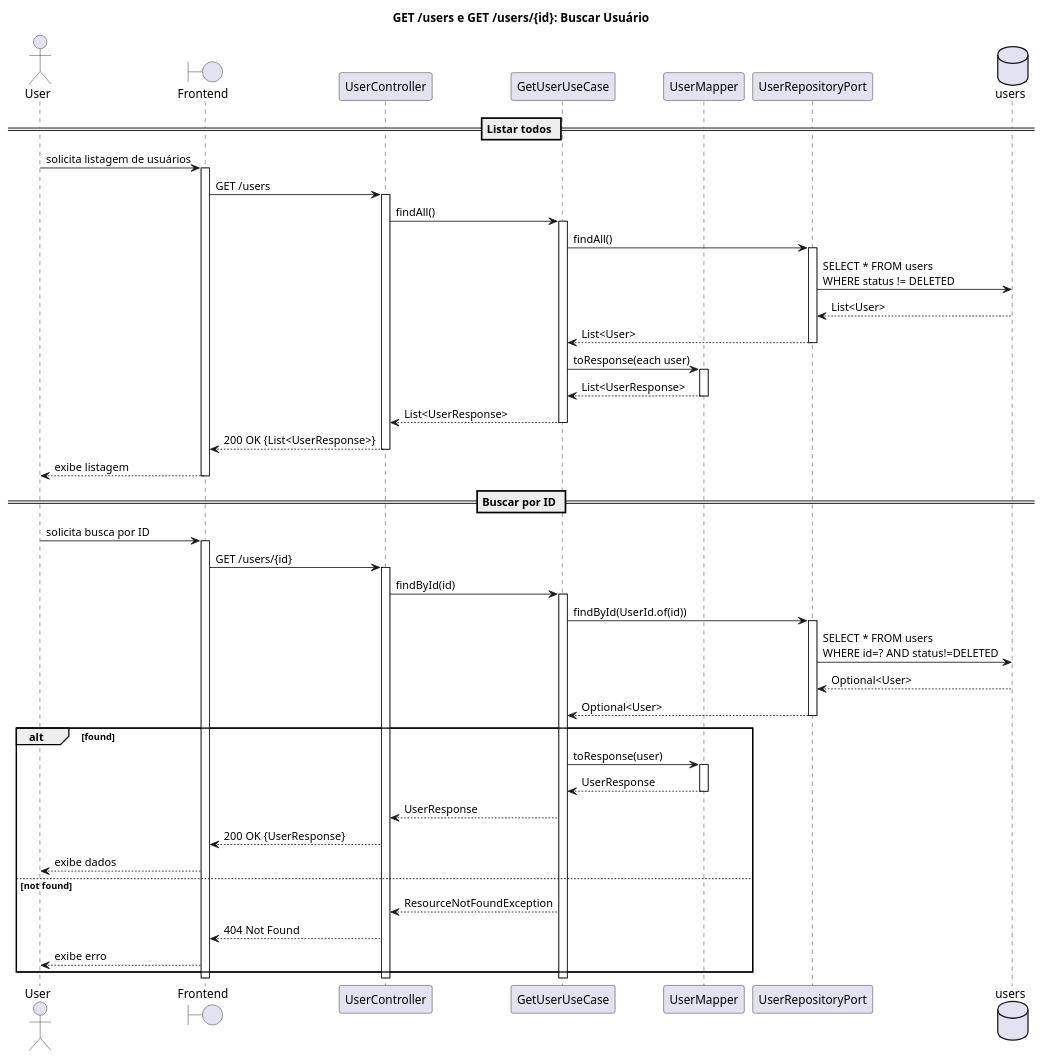
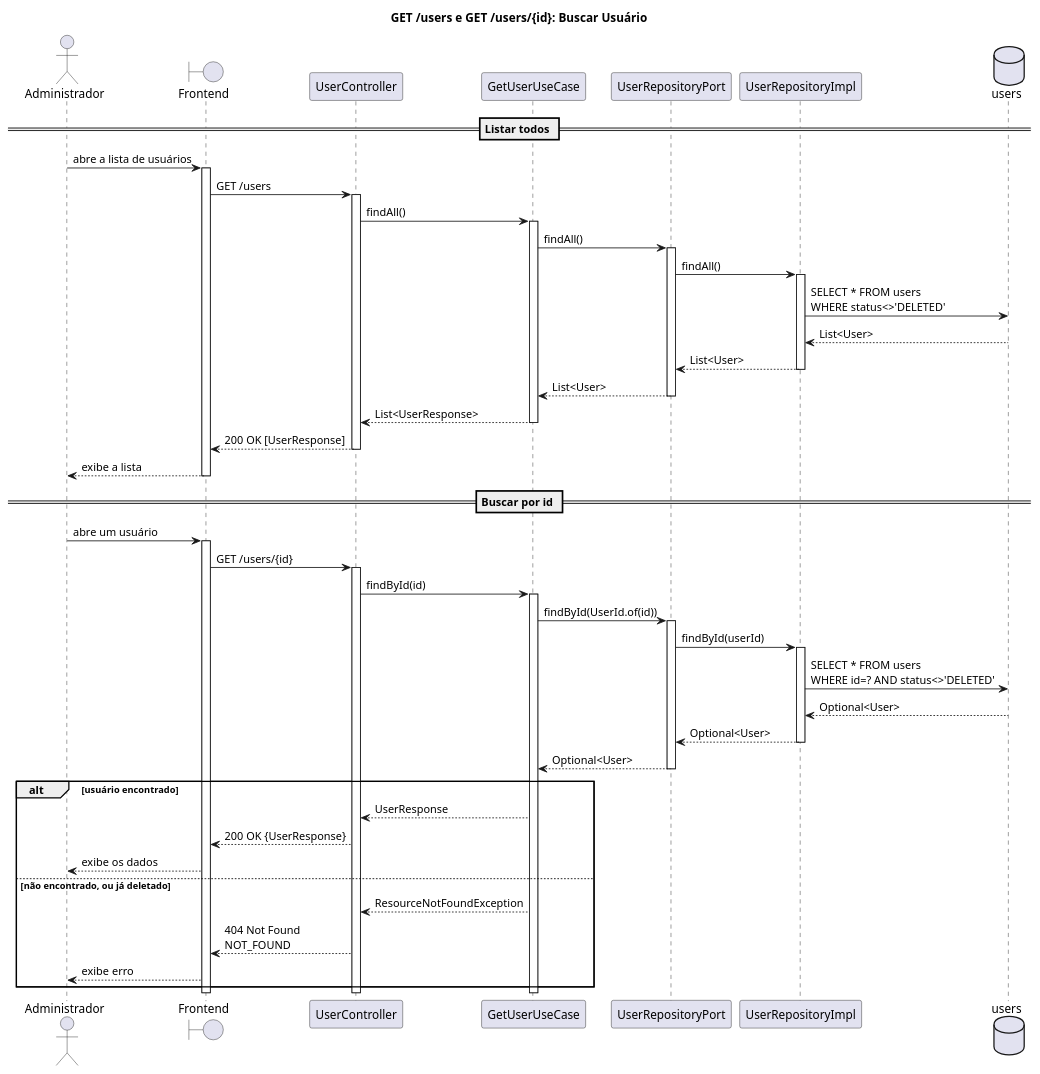
Before and after one commit to Neoguara/rooms-diagrams: the diagram in src/plantuml/sequencia/user/get_user.puml, drawn with PlantUML. The commit also changed 24 other files, not shown here.

```diff
--- a/src/plantuml/sequencia/user/get_user.puml
+++ b/src/plantuml/sequencia/user/get_user.puml
@@ -1,78 +1,80 @@
 @startuml get_user
+
+' Participantes conforme classe/simples/user.puml: sem mapper e sem a interface JPA.
+' O filtro de status DELETED mora no UserRepositoryImpl, não no caso de uso: é ele que
+' escolhe a variante ...AndStatusNot do repositório JPA.
 
 title GET /users e GET /users/{id}: Buscar Usuário
 
-actor User
+actor "Administrador" as Ator
 boundary "Frontend" as FE
 participant "UserController" as Ctrl
 participant "GetUserUseCase" as UC
-participant "UserMapper" as Mapper
-participant "UserRepositoryPort" as Repo
+participant "UserRepositoryPort" as Port
+participant "UserRepositoryImpl" as Impl
 database "users" as DB
 
 == Listar todos ==
 
-User -> FE: solicita listagem de usuários
+Ator -> FE: abre a lista de usuários
 activate FE
 FE -> Ctrl: GET /users
 activate Ctrl
 
 Ctrl -> UC: findAll()
 activate UC
 
-UC -> Repo: findAll()
-activate Repo
-Repo -> DB: SELECT * FROM users\nWHERE status != DELETED
-DB --> Repo: List<User>
-Repo --> UC: List<User>
-deactivate Repo
-
-UC -> Mapper: toResponse(each user)
-activate Mapper
-Mapper --> UC: List<UserResponse>
-deactivate Mapper
+UC -> Port: findAll()
+activate Port
+Port -> Impl: findAll()
+activate Impl
+Impl -> DB: SELECT * FROM users\nWHERE status<>'DELETED'
+DB --> Impl: List<User>
+Impl --> Port: List<User>
+deactivate Impl
+Port --> UC: List<User>
+deactivate Port
 
 UC --> Ctrl: List<UserResponse>
 deactivate UC
-Ctrl --> FE: 200 OK {List<UserResponse>}
+Ctrl --> FE: 200 OK [UserResponse]
 deactivate Ctrl
-FE --> User: exibe listagem
+FE --> Ator: exibe a lista
 deactivate FE
 
-== Buscar por ID ==
+== Buscar por id ==
 
-User -> FE: solicita busca por ID
+Ator -> FE: abre um usuário
 activate FE
 FE -> Ctrl: GET /users/{id}
 activate Ctrl
 
 Ctrl -> UC: findById(id)
 activate UC
 
-UC -> Repo: findById(UserId.of(id))
-activate Repo
-Repo -> DB: SELECT * FROM users\nWHERE id=? AND status!=DELETED
-DB --> Repo: Optional<User>
-Repo --> UC: Optional<User>
-deactivate Repo
+UC -> Port: findById(UserId.of(id))
+activate Port
+Port -> Impl: findById(userId)
+activate Impl
+Impl -> DB: SELECT * FROM users\nWHERE id=? AND status<>'DELETED'
+DB --> Impl: Optional<User>
+Impl --> Port: Optional<User>
+deactivate Impl
+Port --> UC: Optional<User>
+deactivate Port
 
-alt found
-  UC -> Mapper: toResponse(user)
-  activate Mapper
-  Mapper --> UC: UserResponse
-  deactivate Mapper
-
+alt usuário encontrado
   UC --> Ctrl: UserResponse
   Ctrl --> FE: 200 OK {UserResponse}
-  FE --> User: exibe dados
-else not found
+  FE --> Ator: exibe os dados
+else não encontrado, ou já deletado
   UC --> Ctrl: ResourceNotFoundException
-  Ctrl --> FE: 404 Not Found
-  FE --> User: exibe erro
+  Ctrl --> FE: 404 Not Found\nNOT_FOUND
+  FE --> Ator: exibe erro
 end
 
 deactivate UC
 deactivate Ctrl
 deactivate FE
 
 @enduml
```
